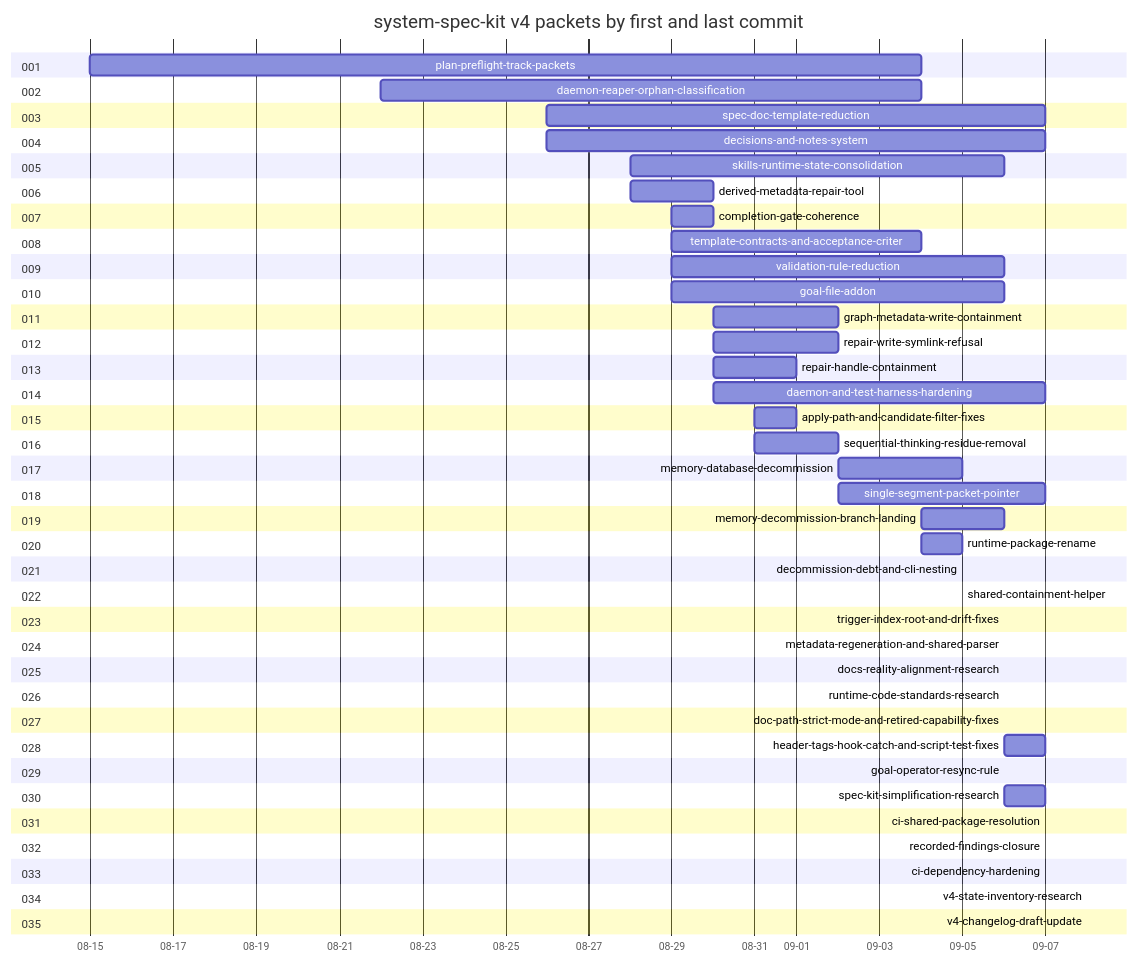
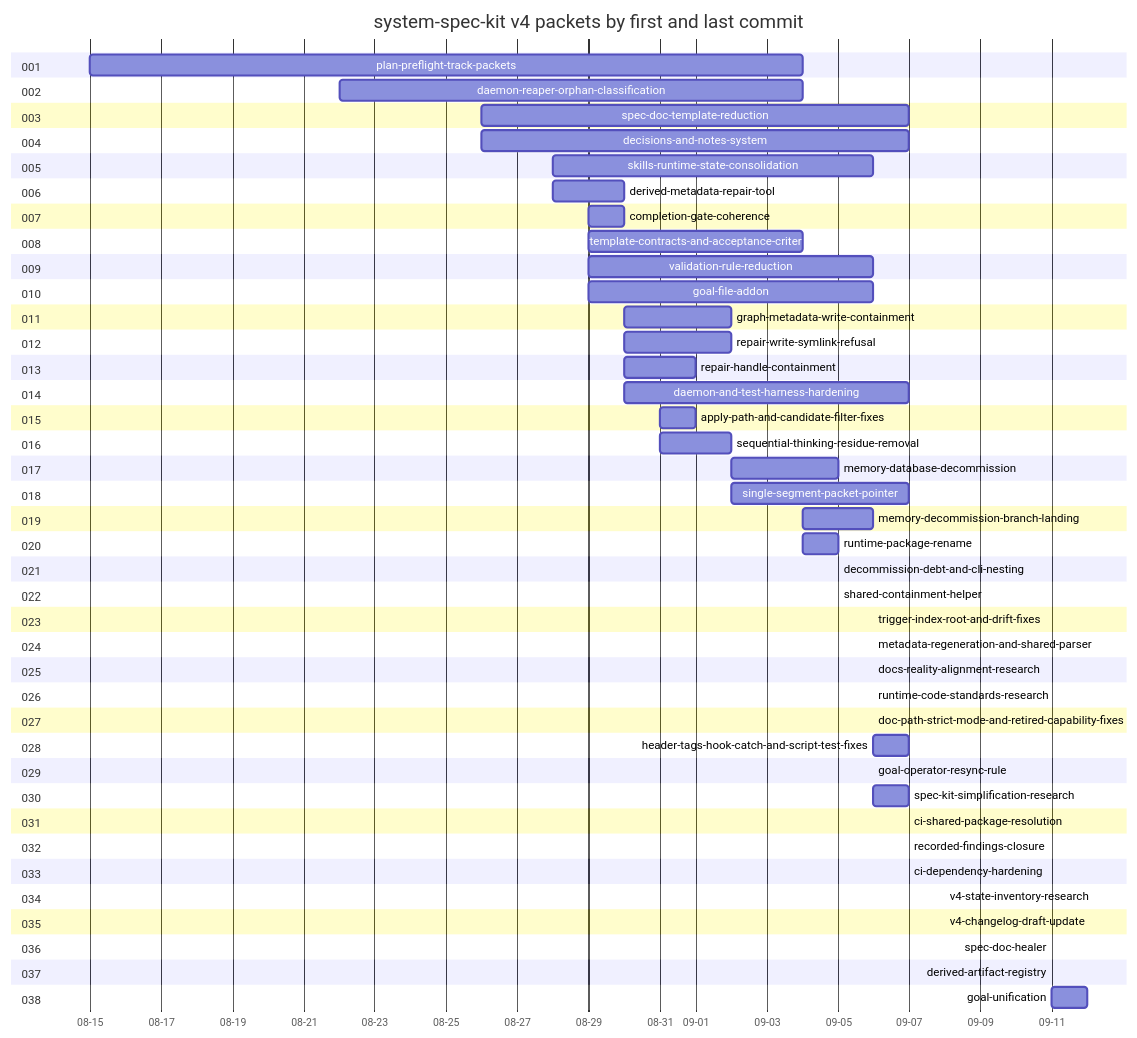
Before and after one commit to MichelKerkmeester/skilled-agent-harness_spec-driven-loops: the diagram in specs/system-speckit/033-system-speckit-v4/timeline.md, drawn with Mermaid. The commit also changed other lines of this file and 583 other files, not shown here.

````diff
--- a/specs/system-speckit/033-system-speckit-v4/timeline.md
+++ b/specs/system-speckit/033-system-speckit-v4/timeline.md
@@ -144,76 +160,82 @@
 ```mermaid
 gantt
     title system-spec-kit v4 packets by first and last commit
     dateFormat YYYY-MM-DD
     axisFormat %m-%d
     section 001
     plan-preflight-track-packets :2026-08-15, 2026-09-04
     section 002
     daemon-reaper-orphan-classification :2026-08-22, 2026-09-04
     section 003
     spec-doc-template-reduction :2026-08-26, 2026-09-07
     section 004
     decisions-and-notes-system :2026-08-26, 2026-09-07
     section 005
     skills-runtime-state-consolidation :2026-08-28, 2026-09-06
     section 006
     derived-metadata-repair-tool :2026-08-28, 2026-08-30
     section 007
     completion-gate-coherence :2026-08-29, 2026-08-30
     section 008
     template-contracts-and-acceptance-criter :2026-08-29, 2026-09-04
     section 009
     validation-rule-reduction :2026-08-29, 2026-09-06
     section 010
     goal-file-addon :2026-08-29, 2026-09-06
     section 011
     graph-metadata-write-containment :2026-08-30, 2026-09-02
     section 012
     repair-write-symlink-refusal :2026-08-30, 2026-09-02
     section 013
     repair-handle-containment :2026-08-30, 2026-09-01
     section 014
     daemon-and-test-harness-hardening :2026-08-30, 2026-09-07
     section 015
     apply-path-and-candidate-filter-fixes :2026-08-31, 2026-09-01
     section 016
     sequential-thinking-residue-removal :2026-08-31, 2026-09-02
     section 017
     memory-database-decommission :2026-09-02, 2026-09-05
     section 018
     single-segment-packet-pointer :2026-09-02, 2026-09-07
     section 019
     memory-decommission-branch-landing :2026-09-04, 2026-09-06
     section 020
     runtime-package-rename :2026-09-04, 2026-09-05
     section 021
     decommission-debt-and-cli-nesting :2026-09-05, 2026-09-05
     section 022
     shared-containment-helper :2026-09-05, 2026-09-05
     section 023
     trigger-index-root-and-drift-fixes :2026-09-06, 2026-09-06
     section 024
     metadata-regeneration-and-shared-parser :2026-09-06, 2026-09-06
     section 025
     docs-reality-alignment-research :2026-09-06, 2026-09-06
     section 026
     runtime-code-standards-research :2026-09-06, 2026-09-06
     section 027
     doc-path-strict-mode-and-retired-capability-fixes :2026-09-06, 2026-09-06
     section 028
     header-tags-hook-catch-and-script-test-fixes :2026-09-06, 2026-09-07
     section 029
     goal-operator-resync-rule :2026-09-06, 2026-09-06
     section 030
     spec-kit-simplification-research :2026-09-06, 2026-09-07
     section 031
     ci-shared-package-resolution :2026-09-07, 2026-09-07
     section 032
     recorded-findings-closure :2026-09-07, 2026-09-07
     section 033
     ci-dependency-hardening :2026-09-07, 2026-09-07
     section 034
     v4-state-inventory-research :2026-09-08, 2026-09-08
     section 035
     v4-changelog-draft-update :2026-09-08, 2026-09-08
+    section 036
+    spec-doc-healer :2026-09-11, 2026-09-11
+    section 037
+    derived-artifact-registry :2026-09-11, 2026-09-11
+    section 038
+    goal-unification :2026-09-11, 2026-09-12
 ```
````
